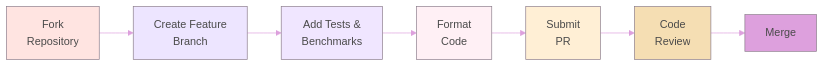
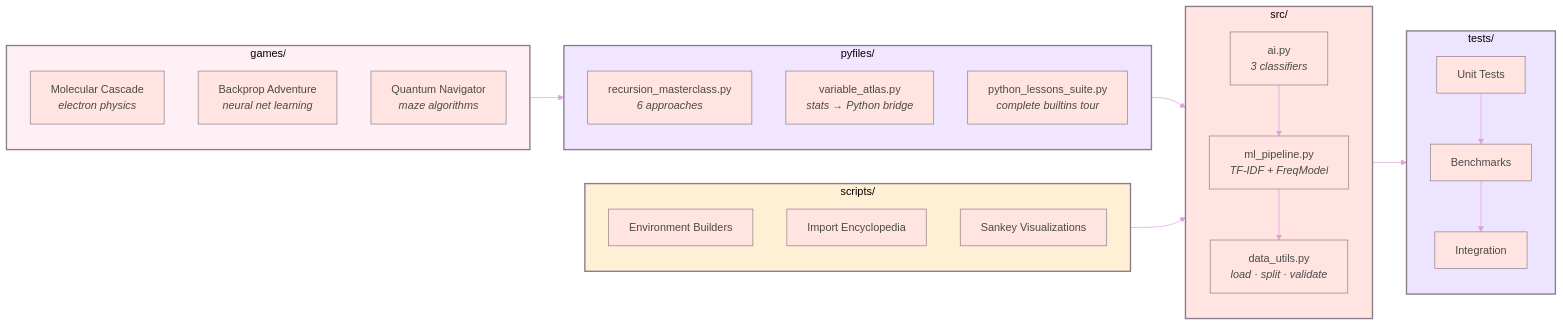
Before and after one commit to Cazzy-Aporbo/velvet-python: the diagram in README.md, drawn with Mermaid. The commit also changed other lines of this file and 100 other files, not shown here.

````diff
--- a/README.md
+++ b/README.md
@@ -769,19 +40,43 @@
 ```mermaid
 %%{init: {'theme':'base', 'themeVariables': { 'primaryColor':'#FFE4E1', 'primaryBorderColor':'#8B7D8B', 'primaryTextColor':'#4A4A4A', 'lineColor':'#DDA0DD', 'fontFamily':'Georgia, serif'}}}%%
 
-flowchart LR
-    A[Fork<br/>Repository] --> B[Create Feature<br/>Branch]
-    B --> C[Add Tests &<br/>Benchmarks]
-    C --> D[Format<br/>Code]
-    D --> E[Submit<br/>PR]
-    E --> F[Code<br/>Review]
-    F --> G[Merge]
-    
-    style A fill:#FFE4E1,stroke:#8B7D8B
-    style B fill:#EDE5FF,stroke:#8B7D8B
-    style C fill:#F0E6FF,stroke:#8B7D8B
-    style D fill:#FFF0F5,stroke:#8B7D8B
-    style E fill:#FFEFD5,stroke:#8B7D8B
-    style F fill:#F5DEB3,stroke:#8B7D8B
-    style G fill:#DDA0DD,stroke:#8B7D8B
+graph LR
+    subgraph Core ["src/"]
+        A[ai.py<br/><i>3 classifiers</i>] --> B[ml_pipeline.py<br/><i>TF-IDF + FreqModel</i>]
+        B --> C[data_utils.py<br/><i>load · split · validate</i>]
+    end
+
+    subgraph Tests ["tests/"]
+        D[Unit Tests] --> E[Benchmarks]
+        E --> F[Integration]
+    end
+
+    subgraph Lab ["pyfiles/"]
+        G[recursion_masterclass.py<br/><i>6 approaches</i>]
+        H[variable_atlas.py<br/><i>stats → Python bridge</i>]
+        I[python_lessons_suite.py<br/><i>complete builtins tour</i>]
+    end
+
+    subgraph Games ["games/"]
+        J[Molecular Cascade<br/><i>electron physics</i>]
+        K[Backprop Adventure<br/><i>neural net learning</i>]
+        L[Quantum Navigator<br/><i>maze algorithms</i>]
+    end
+
+    subgraph Tools ["scripts/"]
+        M[Environment Builders]
+        N[Import Encyclopedia]
+        O[Sankey Visualizations]
+    end
+
+    Core --> Tests
+    Lab --> Core
+    Games --> Lab
+    Tools --> Core
+
+    style Core fill:#FFE4E1,stroke:#8B7D8B,stroke-width:2px
+    style Tests fill:#EDE5FF,stroke:#8B7D8B,stroke-width:2px
+    style Lab fill:#F0E6FF,stroke:#8B7D8B,stroke-width:2px
+    style Games fill:#FFF0F5,stroke:#8B7D8B,stroke-width:2px
+    style Tools fill:#FFEFD5,stroke:#8B7D8B,stroke-width:2px
 ```
````
